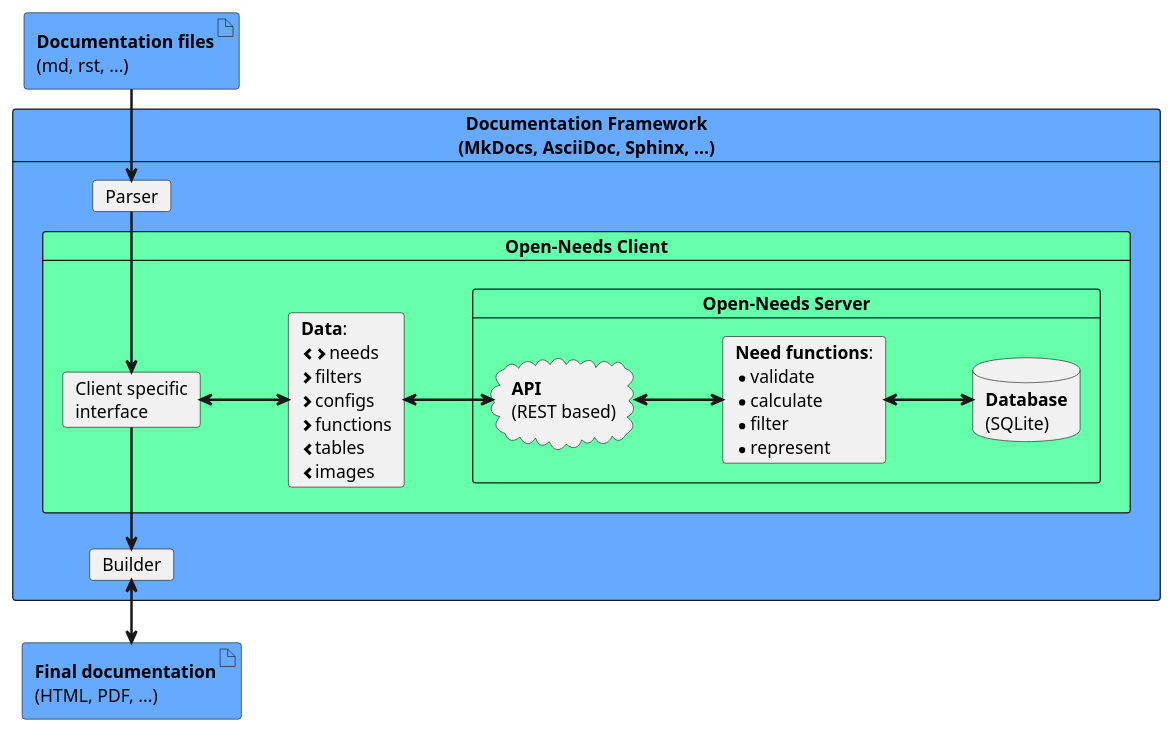
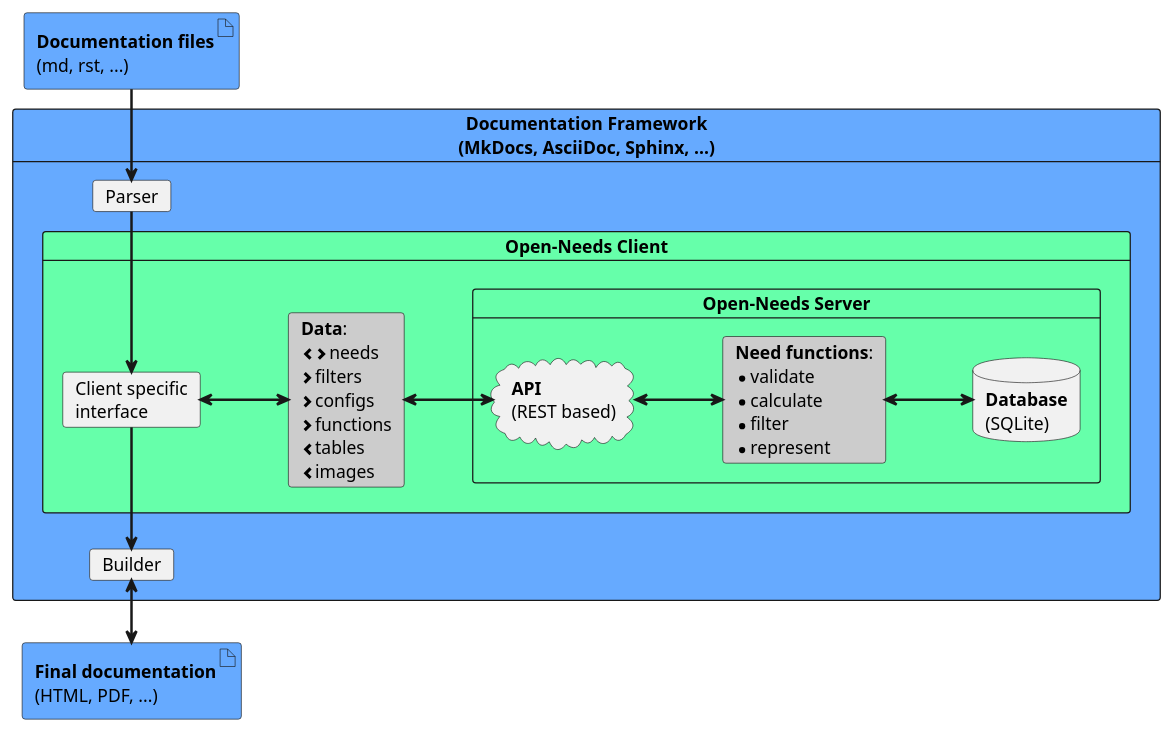
Before and after one commit to open-needs/open-needs.github.io: the first of 5 diagrams in docs/index.rst, drawn with PlantUML. The commit also changed other lines of this file and 3 other files, not shown here.

```diff
--- a/docs/index.rst
+++ b/docs/index.rst
@@ -55,39 +55,39 @@
     .. uml::
        :align: center
 
         @startuml
         skinparam nodesep 70
         skinparam ranksep 50
 
             artifact "**Documentation files**\n(md, rst, ...)" as docs #6af
             card "**Documentation Framework**\n(MkDocs, AsciiDoc, Sphinx, ...)" as df #6af {
                 card "Parser" as parser
                 card "Open-Needs Client" as client #6fa {
                     card "Client specific\ninterface" as interface
 
                     card "Open-Needs Server" as on {
                         cloud "**API**\n(REST based)" as rest
-                        card "**Need functions**:\n*validate\n*calculate\n*filter\n*represent" as func
+                        card "**Need functions**:\n*validate\n*calculate\n*filter\n*represent" as func #ccc
                         database "**Database**\n(SQLite)" as db
 
                         rest <=> func
                         func <=> db
                     }
-                    card "**Data**:\n<&chevron-left><&chevron-right>needs\n<&chevron-right>filters\n<&chevron-right>configs\n<&chevron-right>functions\n<&chevron-left>tables\n<&chevron-left>images" as data
+                    card "**Data**:\n<&chevron-left><&chevron-right>needs\n<&chevron-right>filters\n<&chevron-right>configs\n<&chevron-right>functions\n<&chevron-left>tables\n<&chevron-left>images" as data #ccc
                 }
                 card "Builder" as builder
             }
 
             artifact "**Final documentation**\n(HTML, PDF, ...)" as final #6af
 
             docs ==> parser
             parser ==> interface
             interface <=> data
             data <=> rest
 
             interface ==> builder
 
             builder <==> final
 
 
         @enduml
```
